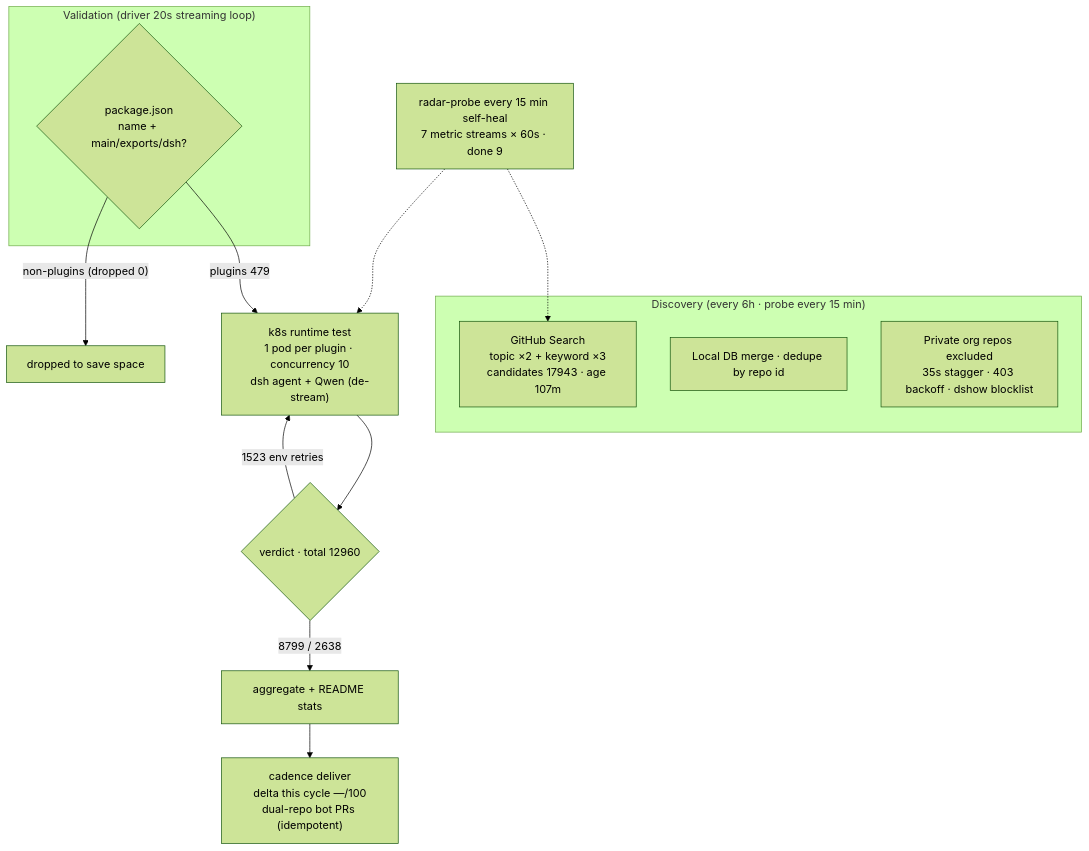
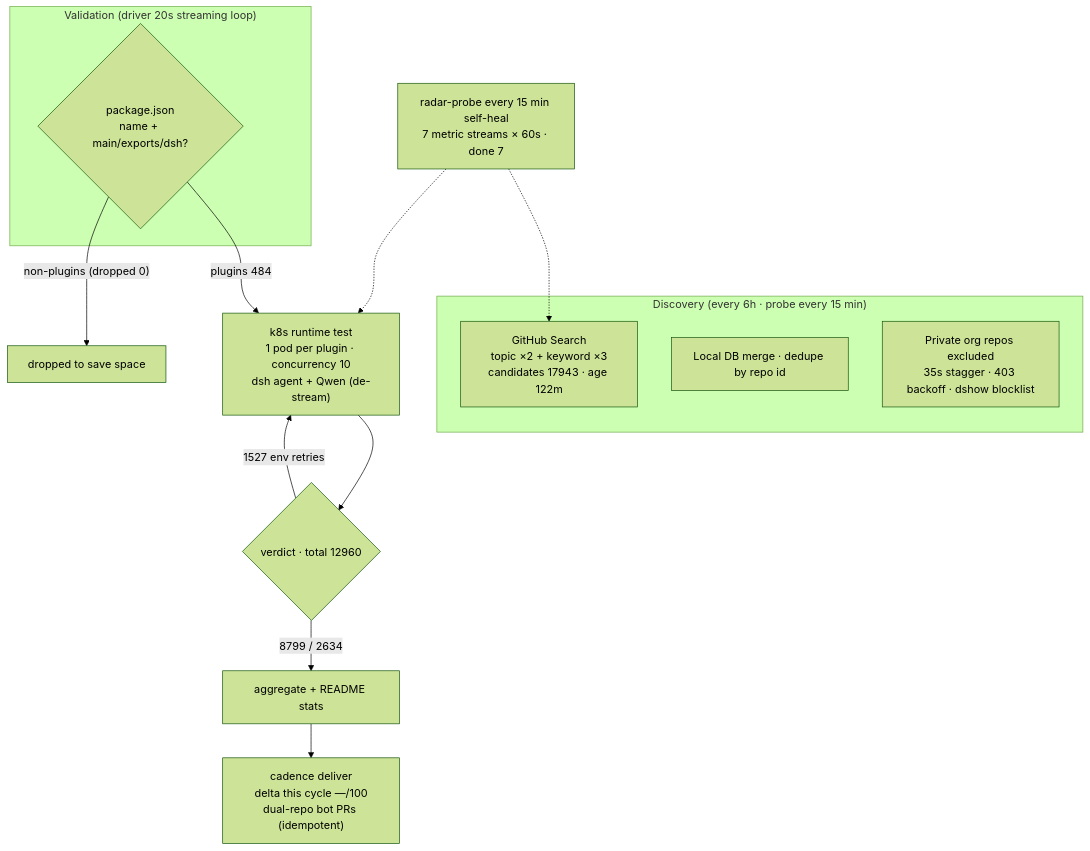
The diagram in README.en-US.md (AdamPlatin123/awesome-dsh-plugins), drawn with Mermaid (forest theme) before and after one commit. The commit also changed other lines of this file and 5 other files, not shown here.

````diff
--- a/README.en-US.md
+++ b/README.en-US.md
@@ -45,20 +45,20 @@
 ```mermaid
 flowchart TB
     subgraph Discovery["Discovery (every 6h · probe every 15 min)"]
-        A1["GitHub Search<br/>topic ×2 + keyword ×3<br/>candidates 17943 · age 107m"]
+        A1["GitHub Search<br/>topic ×2 + keyword ×3<br/>candidates 17943 · age 122m"]
         A2["Local DB merge · dedupe by repo id"]
         A3["Private org repos excluded<br/>35s stagger · 403 backoff · dshow blocklist"]
     end
     subgraph Validation["Validation (driver 20s streaming loop)"]
         B1{"package.json<br/>name + main/exports/dsh?"}
     end
-    B1 -->|"plugins 479"| C1["k8s runtime test<br/>1 pod per plugin · concurrency 10<br/>dsh agent + Qwen (de-stream)"]
+    B1 -->|"plugins 484"| C1["k8s runtime test<br/>1 pod per plugin · concurrency 10<br/>dsh agent + Qwen (de-stream)"]
     B1 -->|"non-plugins (dropped 0)"| B3["dropped to save space"]
     C1 --> D1{"verdict · total 12960"}
-    D1 -->|"8799 / 2638"| E1["aggregate + README stats"]
-    D1 -->|"1523 env retries"| C1
+    D1 -->|"8799 / 2634"| E1["aggregate + README stats"]
+    D1 -->|"1527 env retries"| C1
     E1 --> E2["cadence deliver<br/>delta this cycle —/100<br/>dual-repo bot PRs (idempotent)"]
-    M["radar-probe every 15 min self-heal<br/>7 metric streams × 60s · done 9"]
+    M["radar-probe every 15 min self-heal<br/>7 metric streams × 60s · done 7"]
     M -.-> A1
     M -.-> C1
 ```
````
